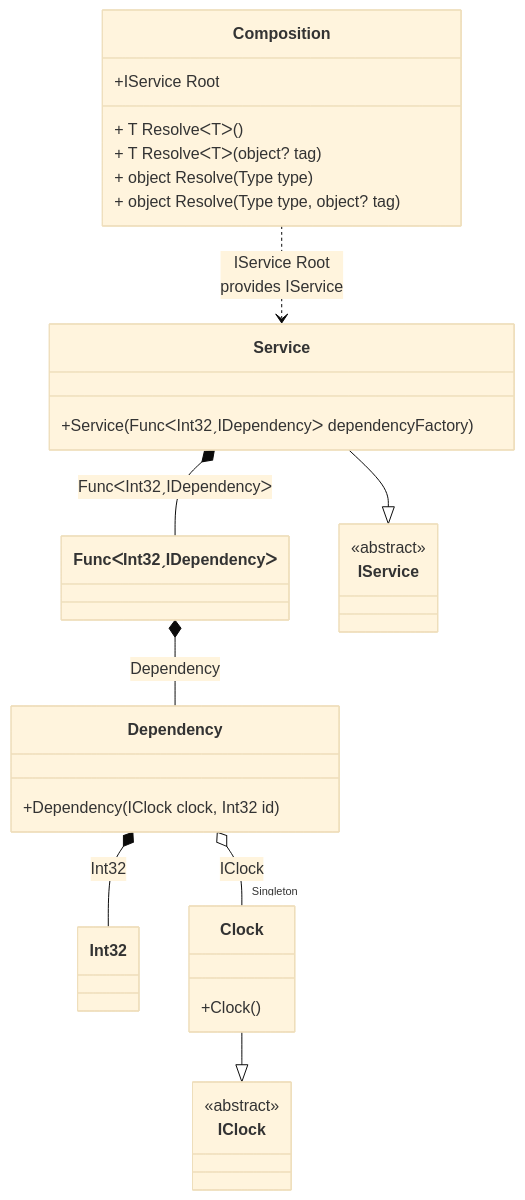
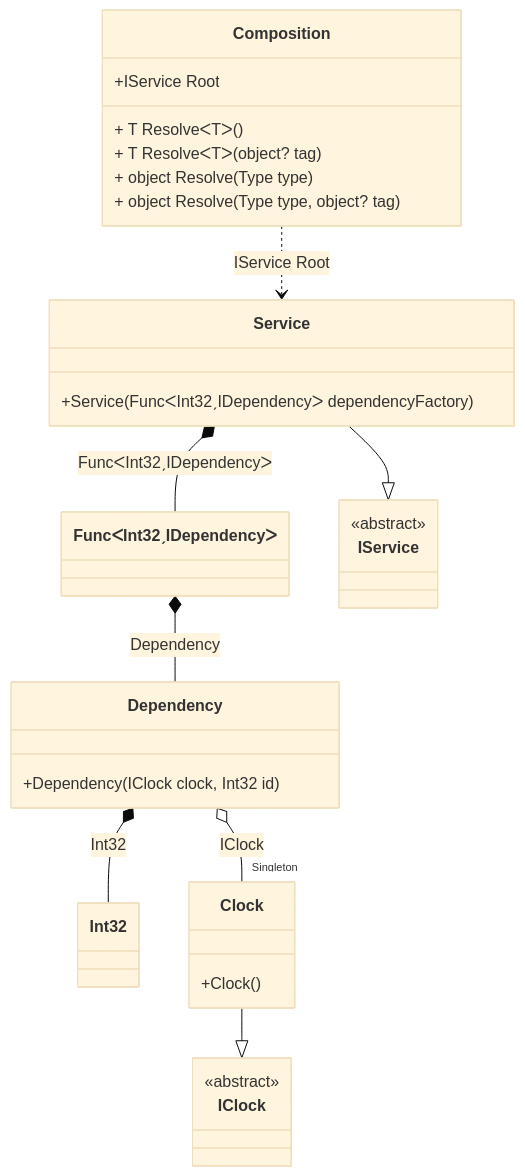
The diagram in readme/func-with-arguments.md (DevTeam/Pure.DI), drawn with Mermaid (base theme) before and after one commit. The commit also changed other lines of this file and 74 other files, not shown here.

````diff
--- a/readme/func-with-arguments.md
+++ b/readme/func-with-arguments.md
@@ -67,34 +67,34 @@
 ```mermaid
 classDiagram
   class Composition {
     +IService Root
     + T ResolveᐸTᐳ()
     + T ResolveᐸTᐳ(object? tag)
     + object Resolve(Type type)
     + object Resolve(Type type, object? tag)
   }
   class Dependency {
     +Dependency(IClock clock, Int32 id)
   }
   class Int32
   class FuncᐸInt32ˏIDependencyᐳ
   Clock --|> IClock : 
   class Clock {
     +Clock()
   }
   Service --|> IService : 
   class Service {
     +Service(FuncᐸInt32ˏIDependencyᐳ dependencyFactory)
   }
   class IClock {
     <<abstract>>
   }
   class IService {
     <<abstract>>
   }
   Dependency o--  "Singleton" Clock : IClock
   Dependency *--  Int32 : Int32
   FuncᐸInt32ˏIDependencyᐳ *--  Dependency : Dependency
   Service *--  FuncᐸInt32ˏIDependencyᐳ : FuncᐸInt32ˏIDependencyᐳ
-  Composition ..> Service : IService Root<br/>provides IService
+  Composition ..> Service : IService Root
 ```
````
